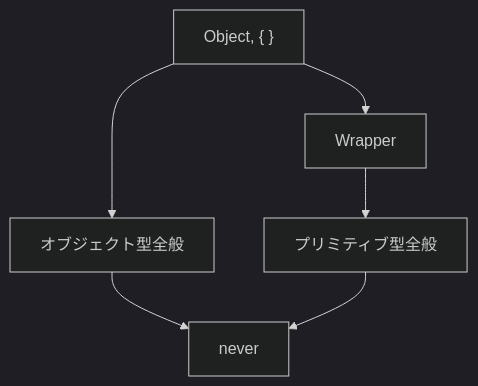
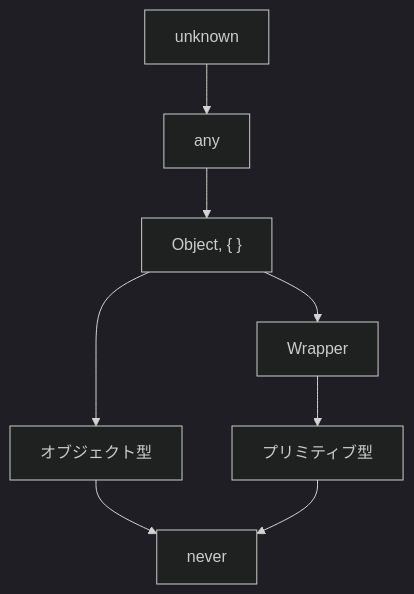
The eighth of 8 diagrams in articles/typescript-type-set-hierarchy.md (yo-goto/zenn-public-repo), drawn with Mermaid (dark theme) before and after one commit. The commit also changed other lines of this file, not shown here.

````diff
--- a/articles/typescript-type-set-hierarchy.md
+++ b/articles/typescript-type-set-hierarchy.md
@@ -890,11 +906,14 @@
 ```mermaid
 graph TD
+  U[unknown]
+  A[any]
   N[never]
   O["Object, { }"]
   W[Wrapper]
-  P[プリミティブ型全般]
-  objs[オブジェクト型全般]
+  P[プリミティブ型]
+  objs[オブジェクト型]
+  U --> A --> O
   O --> objs & W
   objs --> N
   W --> P --> N
 ```
````
